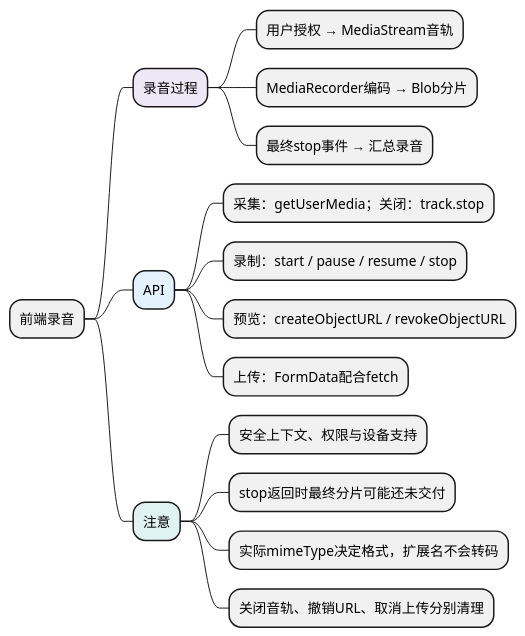
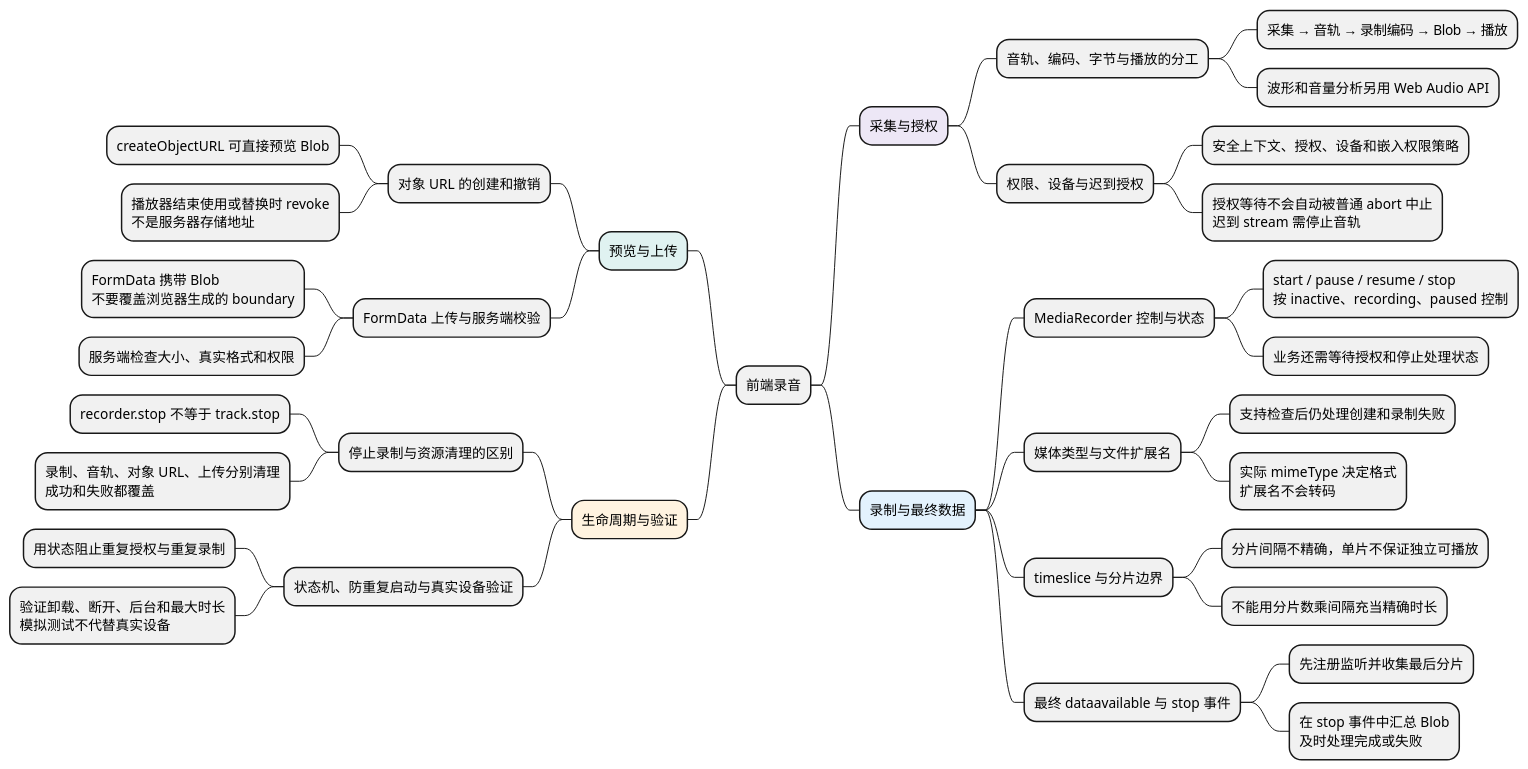
Before and after one commit to chenx18/JAVA: the diagram in docs/AI前端全栈教材/01_JavaScript/06_选读扩展/04_前端录音.md, drawn with PlantUML. The commit also changed other lines of this file and 84 other files, not shown here.

````diff
--- a/docs/AI前端全栈教材/01_JavaScript/06_选读扩展/04_前端录音.md
+++ b/docs/AI前端全栈教材/01_JavaScript/06_选读扩展/04_前端录音.md
@@ -9,26 +9,47 @@
 ```plantuml
 @startmindmap
 skinparam defaultFontName Microsoft YaHei
 skinparam defaultFontSize 14
 skinparam dpi 100
 skinparam backgroundColor white
 skinparam shadowing false
 
 * 前端录音
-**[#EDE7F6] 录音过程
-*** 用户授权 → MediaStream音轨
-*** MediaRecorder编码 → Blob分片
-*** 最终stop事件 → 汇总录音
-**[#E3F2FD] API
-*** 采集：getUserMedia；关闭：track.stop
-*** 录制：start / pause / resume / stop
-*** 预览：createObjectURL / revokeObjectURL
-*** 上传：FormData配合fetch
-**[#E0F2F1] 注意
-*** 安全上下文、权限与设备支持
-*** stop返回时最终分片可能还未交付
-*** 实际mimeType决定格式，扩展名不会转码
-*** 关闭音轨、撤销URL、取消上传分别清理
+**[#EDE7F6] 采集与授权
+*** 音轨、编码、字节与播放的分工
+**** 采集 → 音轨 → 录制编码 → Blob → 播放
+**** 波形和音量分析另用 Web Audio API
+*** 权限、设备与迟到授权
+**** 安全上下文、授权、设备和嵌入权限策略
+**** 授权等待不会自动被普通 abort 中止\n迟到 stream 需停止音轨
+**[#E3F2FD] 录制与最终数据
+*** MediaRecorder 控制与状态
+**** start / pause / resume / stop\n按 inactive、recording、paused 控制
+**** 业务还需等待授权和停止处理状态
+*** 媒体类型与文件扩展名
+**** 支持检查后仍处理创建和录制失败
+**** 实际 mimeType 决定格式\n扩展名不会转码
+*** timeslice 与分片边界
+**** 分片间隔不精确，单片不保证独立可播放
+**** 不能用分片数乘间隔充当精确时长
+*** 最终 dataavailable 与 stop 事件
+**** 先注册监听并收集最后分片
+**** 在 stop 事件中汇总 Blob\n及时处理完成或失败
+left side
+**[#E0F2F1] 预览与上传
+*** 对象 URL 的创建和撤销
+**** createObjectURL 可直接预览 Blob
+**** 播放器结束使用或替换时 revoke\n不是服务器存储地址
+*** FormData 上传与服务端校验
+**** FormData 携带 Blob\n不要覆盖浏览器生成的 boundary
+**** 服务端检查大小、真实格式和权限
+**[#FFF3E0] 生命周期与验证
+*** 停止录制与资源清理的区别
+**** recorder.stop 不等于 track.stop
+**** 录制、音轨、对象 URL、上传分别清理\n成功和失败都覆盖
+*** 状态机、防重复启动与真实设备验证
+**** 用状态阻止重复授权与重复录制
+**** 验证卸载、断开、后台和最大时长\n模拟测试不代替真实设备
 
 @endmindmap
 ```
````
